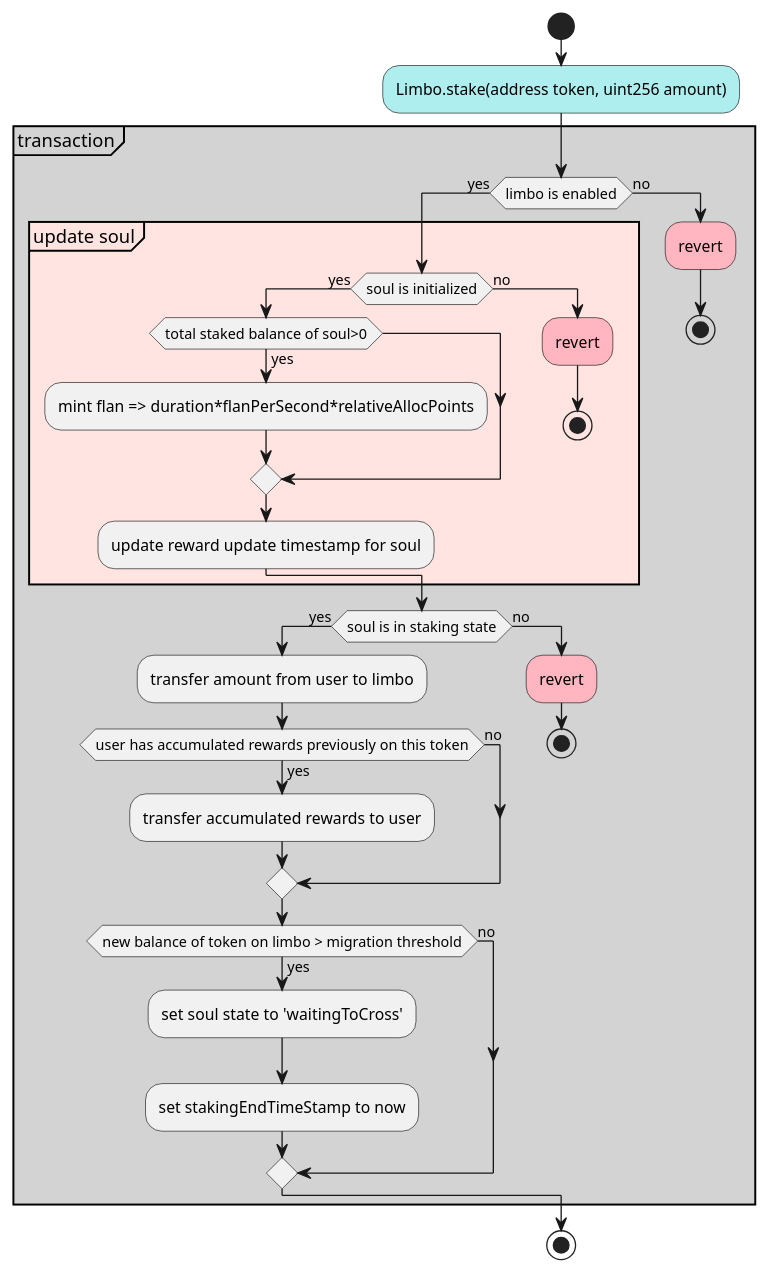
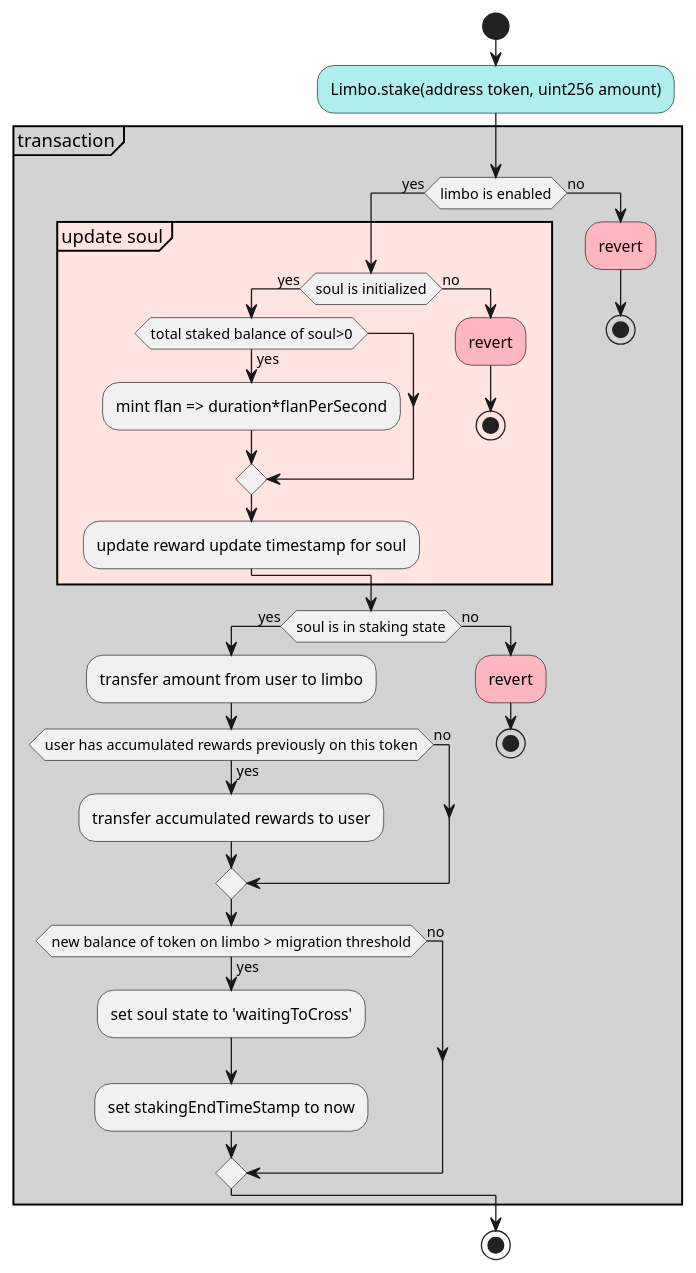
One commit to Behodler/limbo changed the diagram in documentation/Limbo/stake.plantUML. Above: the diagram before and after it, drawn with PlantUML. The commit also changed 18 other files, not shown here.

```diff
--- a/documentation/Limbo/stake.plantUML
+++ b/documentation/Limbo/stake.plantUML
@@ -1,40 +1,40 @@
 @startuml
 start
 #PaleTurquoise:Limbo.stake(address token, uint256 amount);
 partition #LightGrey "transaction"{
     if(limbo is enabled) then(yes)
         partition #MistyRose "update soul"{
             if(soul is initialized) then (yes)
                 if(total staked balance of soul>0) then(yes)
-                    :mint flan => duration*flanPerSecond*relativeAllocPoints;
+                    :mint flan => duration*flanPerSecond;
                 endif
                 :update reward update timestamp for soul;
             else (no)
                 #lightpink:revert;
                 stop
             endif
         }
         if(soul is in staking state) then (yes)
             :transfer amount from user to limbo;
             if(user has accumulated rewards previously on this token) then (yes)
                 :transfer accumulated rewards to user;
             else(no)
 
             endif
             if (new balance of token on limbo > migration threshold) then (yes)
                 :set soul state to 'waitingToCross';
                 :set stakingEndTimeStamp to now;
             else (no)
             endif
 
         else (no)
             #lightpink:revert;
             stop
         endif
     else (no)
         #lightpink:revert;
         stop
     endif
 }
 stop
 @enduml
```
